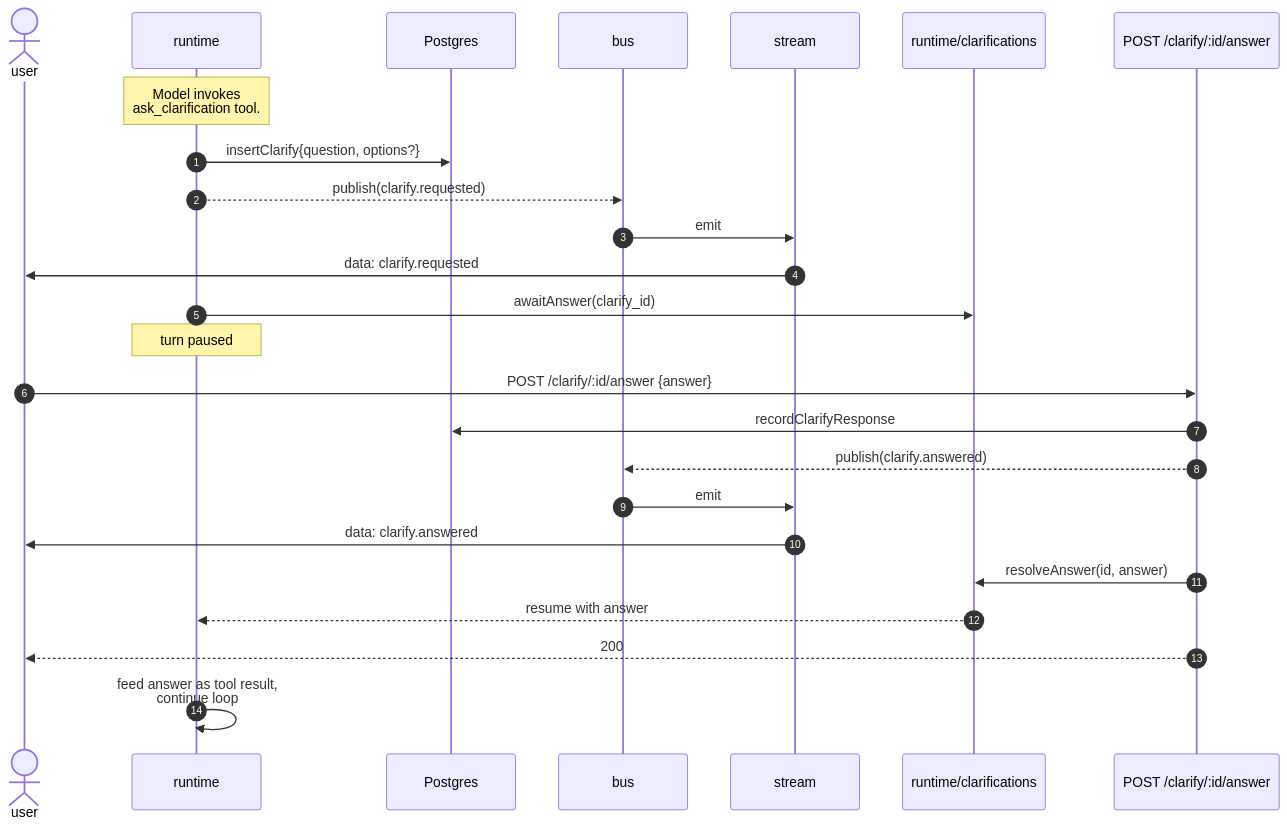
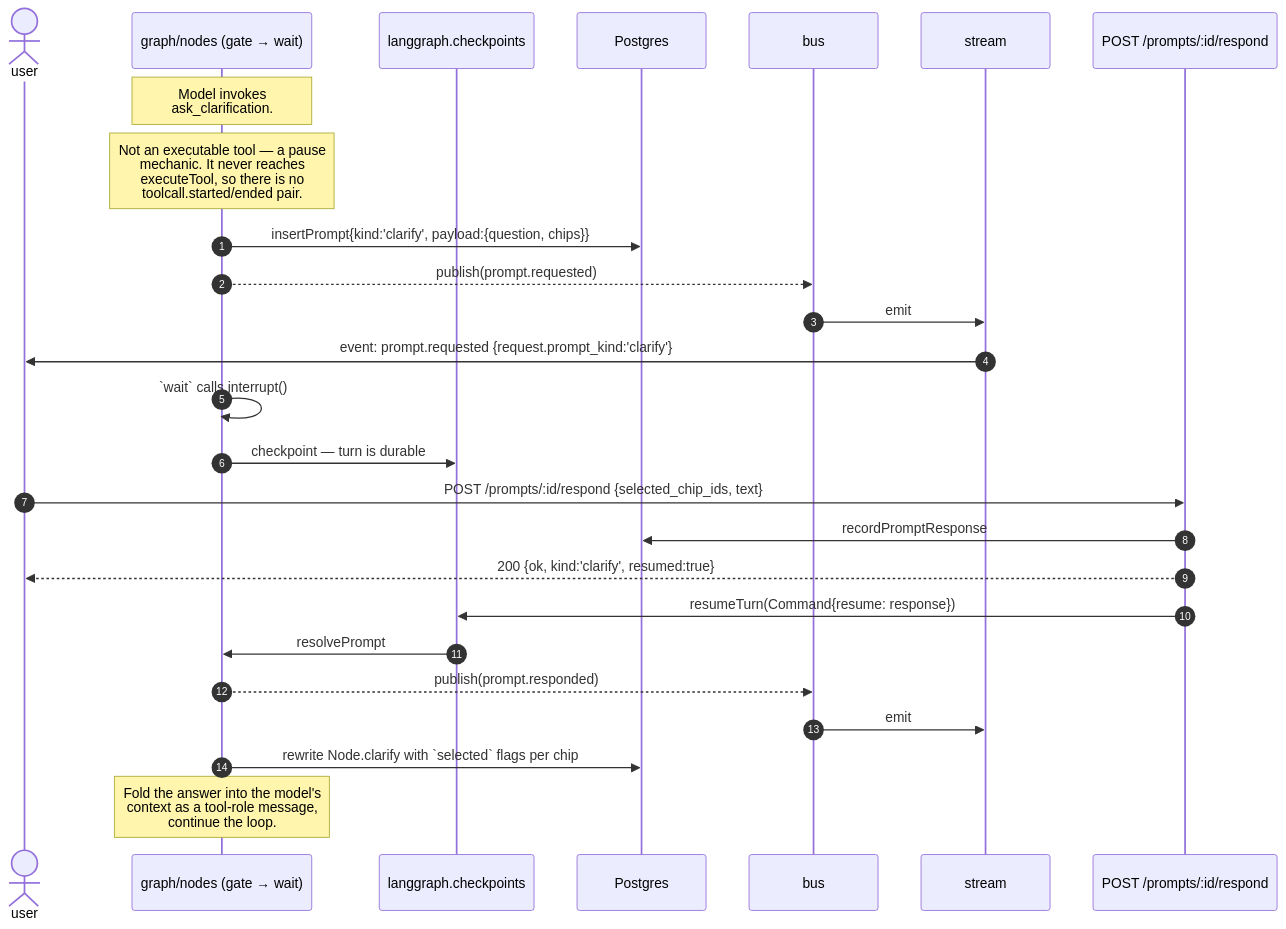
Before and after one commit to hasangilak/yap: the seventh of 9 diagrams in docs/data-flows.md, drawn with Mermaid. The commit also changed other lines of this file and 4 other files, not shown here.

````diff
--- a/docs/data-flows.md
+++ b/docs/data-flows.md
@@ -277,30 +284,31 @@
 ```mermaid
 sequenceDiagram
     autonumber
     actor U as user
-    participant RT as runtime
+    participant G as graph/nodes (gate → wait)
+    participant CP as langgraph.checkpoints
     participant DB as Postgres
     participant BUS as bus
     participant STR as stream
-    participant CLC as runtime/clarifications
-    participant API as POST /clarify/:id/answer
+    participant API as POST /prompts/:id/respond
 
-    Note over RT: Model invokes<br/>ask_clarification tool.
-    RT->>DB: insertClarify{question, options?}
-    RT-->>BUS: publish(clarify.requested)
+    Note over G: Model invokes<br/>ask_clarification.
+    Note over G: Not an executable tool — a pause<br/>mechanic. It never reaches<br/>executeTool, so there is no<br/>toolcall.started/ended pair.
+    G->>DB: insertPrompt{kind:'clarify', payload:{question, chips}}
+    G-->>BUS: publish(prompt.requested)
     BUS->>STR: emit
-    STR->>U: data: clarify.requested
-    RT->>CLC: awaitAnswer(clarify_id)
-    Note over RT: turn paused
+    STR->>U: event: prompt.requested {request.prompt_kind:'clarify'}
+    G->>G: `wait` calls interrupt()
+    G->>CP: checkpoint — turn is durable
 
-    U->>API: POST /clarify/:id/answer {answer}
-    API->>DB: recordClarifyResponse
-    API-->>BUS: publish(clarify.answered)
+    U->>API: POST /prompts/:id/respond {selected_chip_ids, text}
+    API->>DB: recordPromptResponse
+    API-->>U: 200 {ok, kind:'clarify', resumed:true}
+    API->>CP: resumeTurn(Command{resume: response})
+
+    CP->>G: resolvePrompt
+    G-->>BUS: publish(prompt.responded)
     BUS->>STR: emit
-    STR->>U: data: clarify.answered
-    API->>CLC: resolveAnswer(id, answer)
-    CLC-->>RT: resume with answer
-    API-->>U: 200
-
-    RT->>RT: feed answer as tool result,<br/>continue loop
+    G->>DB: rewrite Node.clarify with `selected` flags per chip
+    Note over G: Fold the answer into the model's<br/>context as a tool-role message,<br/>continue the loop.
 ```
````
